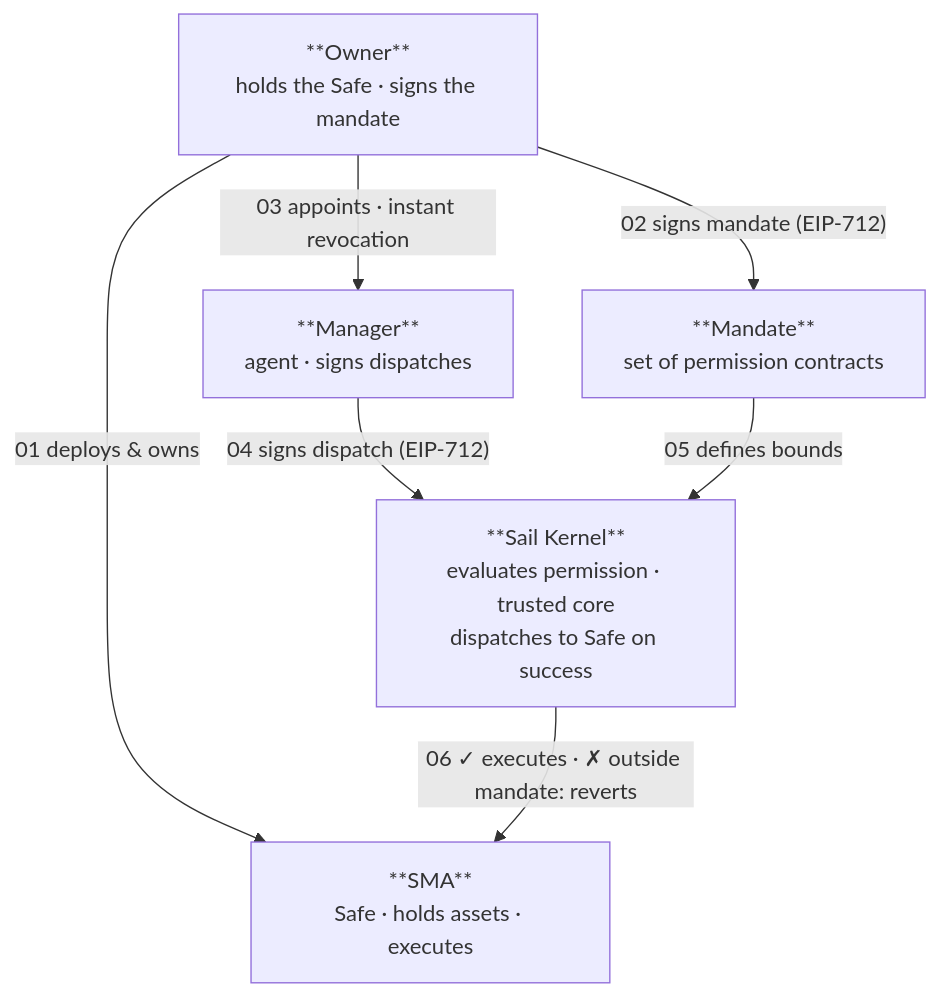
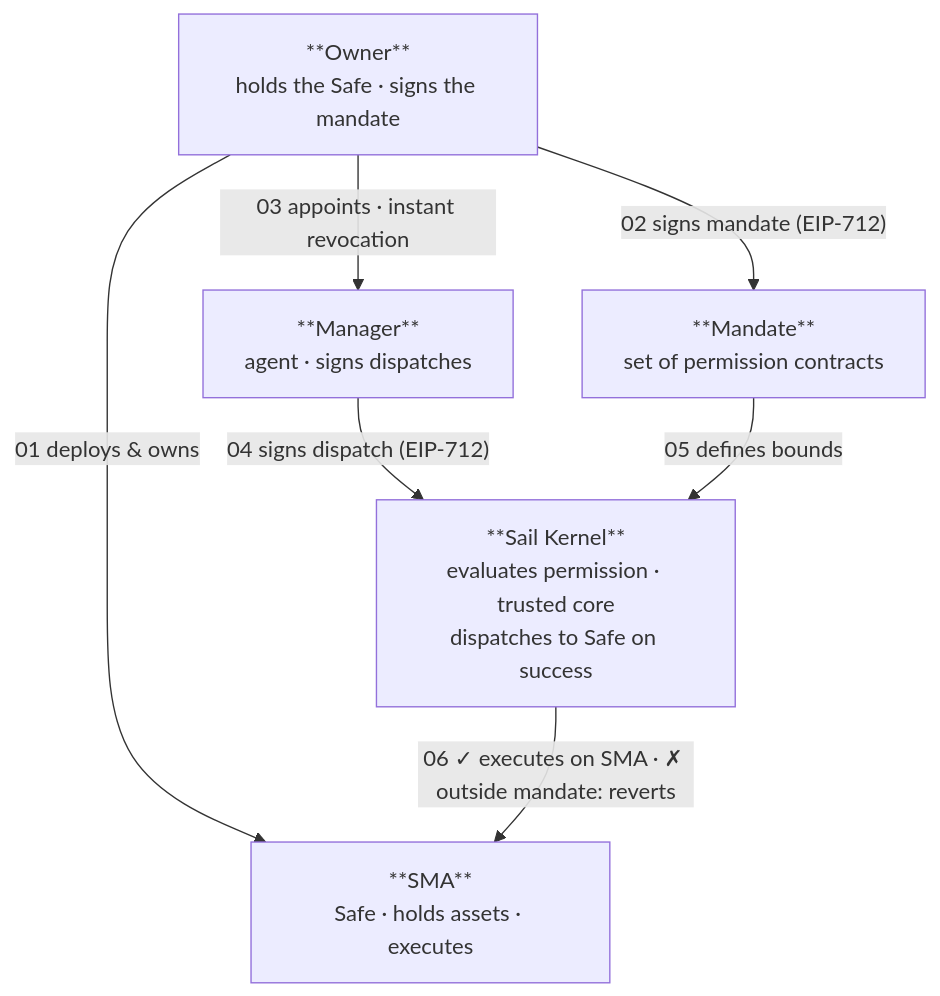
Before and after one commit to sail-money/Protocol: the diagram in README.md, drawn with Mermaid. The commit also changed 2 other files, not shown here.

Commit message:
docs: sync README diagram with whitepaper and add logo to whitepaper
- README edge 06: 'executes' → 'executes on SMA' to match whitepaper
- Whitepaper: add sail_money.svg logo at top of title block
- Add graphicx and svg packages to preamble for SVG support

````diff
--- a/README.md
+++ b/README.md
@@ -13,15 +13,15 @@
 ```mermaid
 flowchart TD
     Owner["**Owner**<br/>holds the Safe · signs the mandate"]
     Manager["**Manager**<br/>agent · signs dispatches"]
     SMA["**SMA**<br/>Safe · holds assets · executes"]
     Mandate["**Mandate**<br/>set of permission contracts"]
     Kernel["**Sail Kernel**<br/>evaluates permission · trusted core<br/>dispatches to Safe on success"]
 
     Owner -- "01 deploys & owns" --> SMA
     Owner -- "02 signs mandate (EIP-712)" --> Mandate
     Owner -- "03 appoints · instant revocation" --> Manager
     Manager -- "04 signs dispatch (EIP-712)" --> Kernel
     Mandate -- "05 defines bounds" --> Kernel
-    Kernel -- "06 ✓ executes · ✗ outside mandate: reverts" --> SMA
+    Kernel -- "06 ✓ executes on SMA · ✗ outside mandate: reverts" --> SMA
 ```
````
